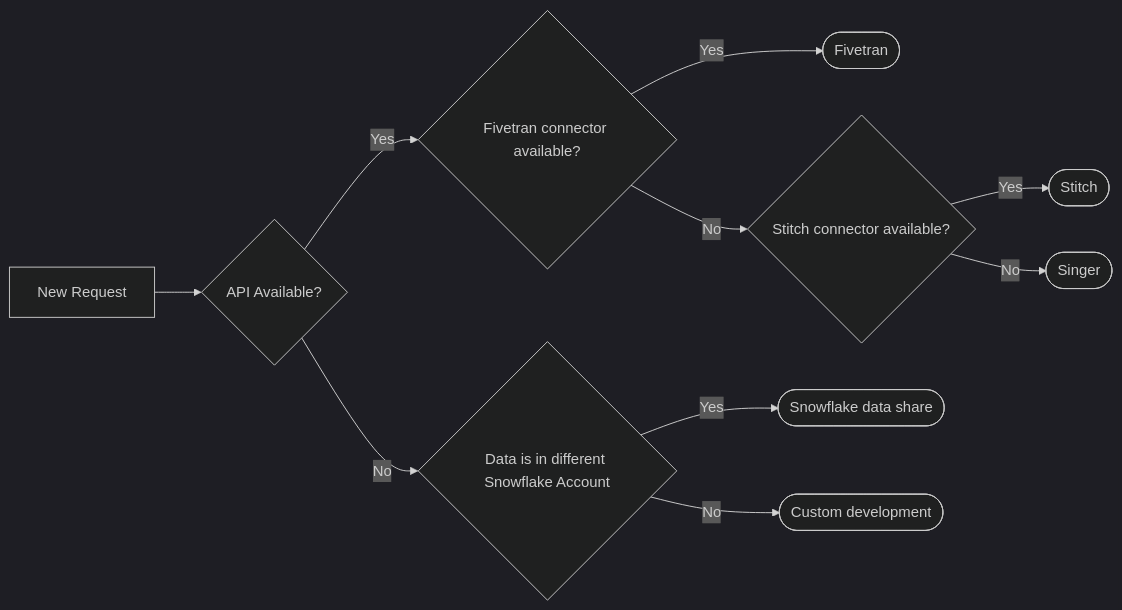
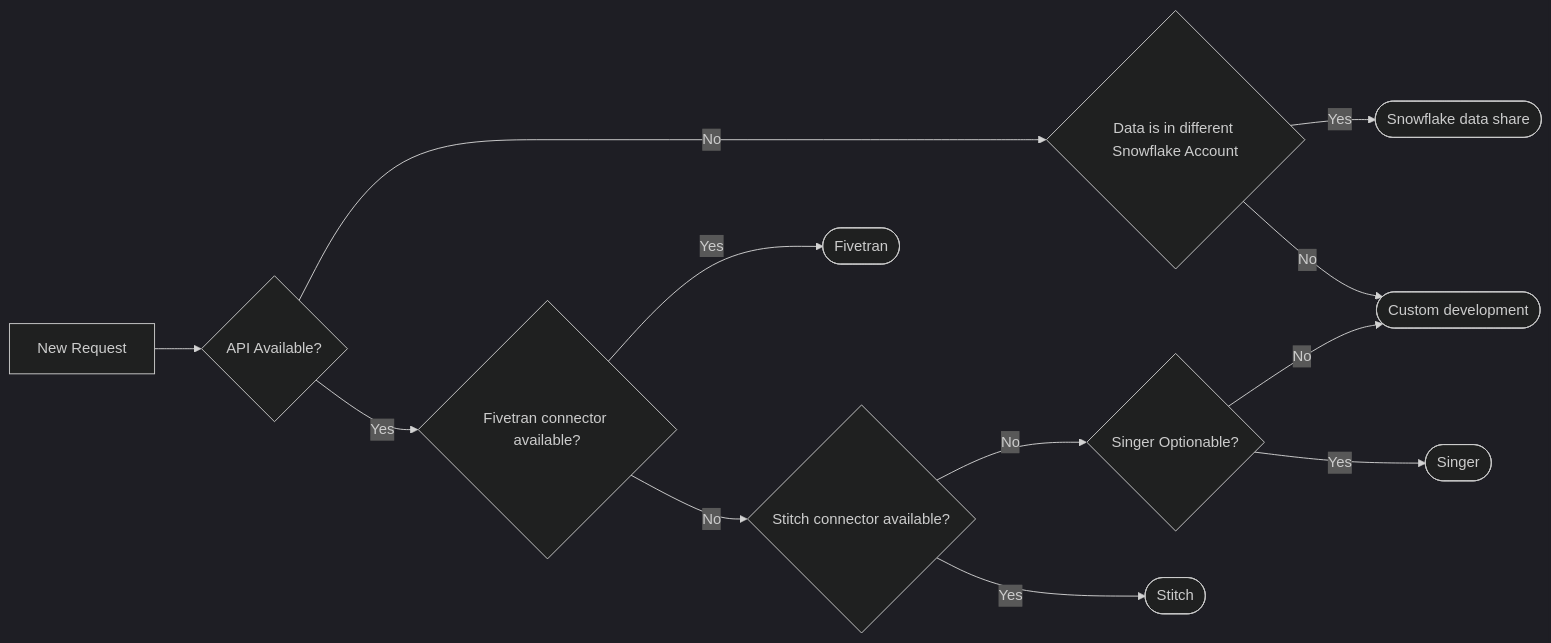
Before and after one commit to secretstartups/handbook: the diagram in business-technology/data-team/how-we-work/new-data-source/index.html.md, drawn with Mermaid (dark theme). The commit also changed other lines of this file, not shown here.

````diff
--- a/business-technology/data-team/how-we-work/new-data-source/index.html.md
+++ b/business-technology/data-team/how-we-work/new-data-source/index.html.md
@@ -75,27 +75,30 @@
 ```mermaid
 graph LR
    
 %%descisions
     api_available{API Available?}
     fivetran_connector_available{Fivetran connector available?}
     stitch_connector_available{Stitch connector available?}
     data_is_ext_snowflake_sources{Data is in different Snowflake Account}
+    singer_option{Singer Optionable?}
 
 %%end solutions
     Custom([Custom development])
     Fivetran([Fivetran])
     Singer([Singer])
     Stitch([Stitch])
     Snowflake_datashare([Snowflake data share])
 
 %%flow
     ds_request[New Request]-->api_available 
+    api_available-->|No|data_is_ext_snowflake_sources
     api_available-->|Yes|fivetran_connector_available
+    stitch_connector_available-->|Yes|Stitch
     fivetran_connector_available-->|Yes|Fivetran
     fivetran_connector_available-->|No|stitch_connector_available
-    stitch_connector_available-->|Yes|Stitch
-    stitch_connector_available-->|No|Singer
-    api_available-->|No|data_is_ext_snowflake_sources
+    stitch_connector_available-->|No|singer_option
+    singer_option-->|Yes|Singer
+    singer_option-->|No|Custom
     data_is_ext_snowflake_sources-->|Yes|Snowflake_datashare
     data_is_ext_snowflake_sources-->|No|Custom
 ```
````
